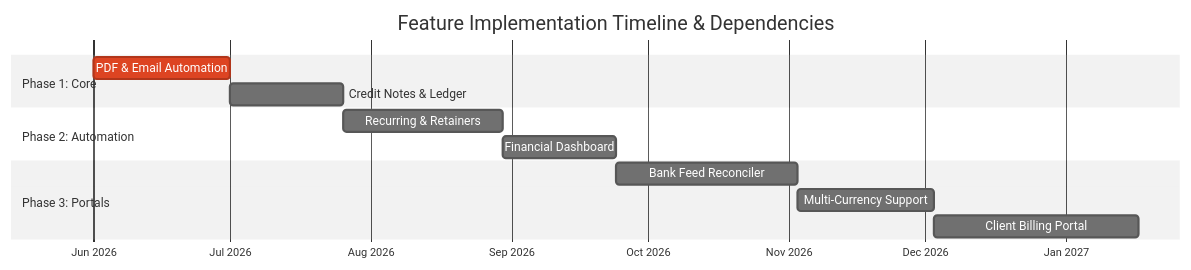
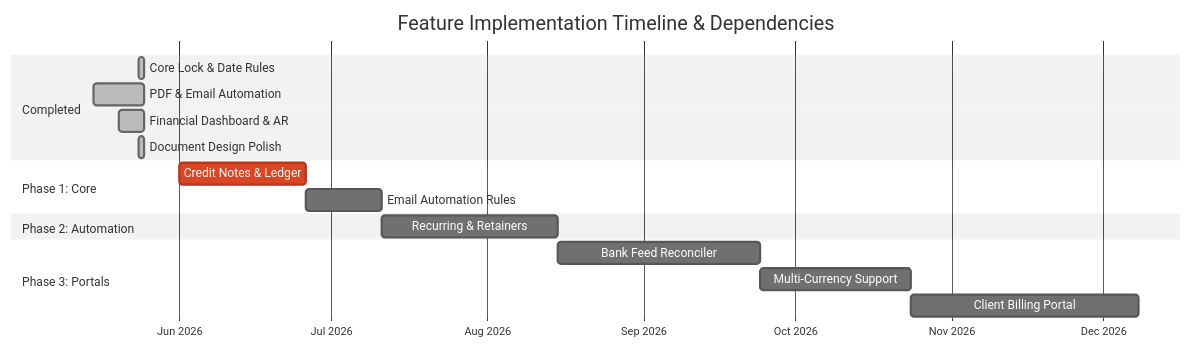
One commit to jchademwiri/pmg-hub changed the diagram in docs/roadmap/ROADMAP.md. Above: the diagram before and after it, drawn with Mermaid (neutral theme). The commit also changed other lines of this file and 1 other file, not shown here.

Commit message:
feat: add DocumentPreview component for invoices, quotes, and statements and initialize roadmap documentation

````diff
--- a/docs/roadmap/ROADMAP.md
+++ b/docs/roadmap/ROADMAP.md
@@ -9,19 +9,24 @@
 ```mermaid
 gantt
     title Feature Implementation Timeline & Dependencies
     dateFormat  YYYY-MM-DD
     axisFormat  %b %Y
     
+    section Completed
+    Core Lock & Date Rules   :done, 2026-05-24, 1d
+    PDF & Email Automation   :done, 2026-05-15, 10d
+    Financial Dashboard & AR :done, 2026-05-20, 5d
+    Document Design Polish   :done, 2026-05-24, 1d
+    
     section Phase 1: Core
-    PDF & Email Automation   :crit, a1, 2026-06-01, 30d
-    Credit Notes & Ledger    :a2, after a1, 25d
+    Credit Notes & Ledger    :crit, a2, 2026-06-01, 25d
+    Email Automation Rules   :a9, after a2, 15d
     
     section Phase 2: Automation
-    Recurring & Retainers    :a3, after a2, 35d
-    Financial Dashboard      :a4, after a3, 25d
+    Recurring & Retainers    :a3, after a9, 35d
     
     section Phase 3: Portals
-    Bank Feed Reconciler     :a5, after a4, 40d
+    Bank Feed Reconciler     :a5, after a3, 40d
     Multi-Currency Support   :a6, after a5, 30d
     Client Billing Portal    :a7, after a6, 45d
 ```
````
